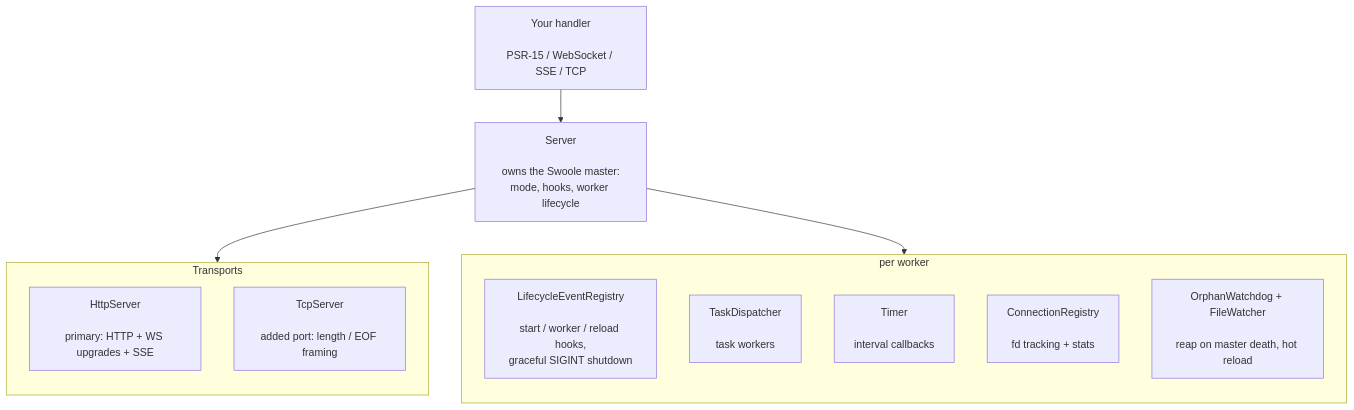
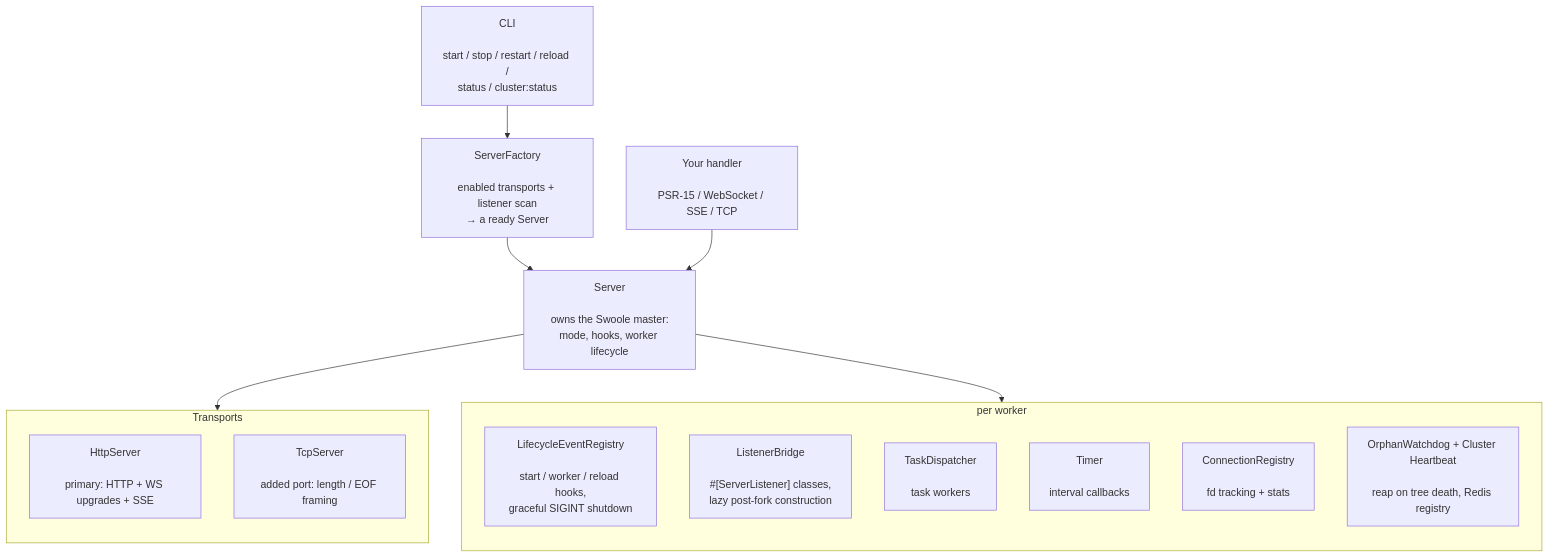
Before and after one commit to phpdot/server: the diagram in README.md, drawn with Mermaid. The commit also changed other lines of this file and 65 other files, not shown here.

````diff
--- a/README.md
+++ b/README.md
@@ -278,24 +391,29 @@
 ```mermaid
 graph TD
+    CLI["CLI<br/><br/>start / stop / restart / reload /<br/>status / cluster:status"]
+    FACTORY["ServerFactory<br/><br/>enabled transports + listener scan<br/>→ a ready Server"]
     APP["Your handler<br/><br/>PSR-15 / WebSocket / SSE / TCP"]
     SERVER["Server<br/><br/>owns the Swoole master:<br/>mode, hooks, worker lifecycle"]
 
     subgraph Transports
         direction TB
         HTTP["HttpServer<br/><br/>primary: HTTP + WS upgrades + SSE"]
         TCP["TcpServer<br/><br/>added port: length / EOF framing"]
     end
 
     subgraph Runtime["per worker"]
         direction TB
         EVENTS["LifecycleEventRegistry<br/><br/>start / worker / reload hooks,<br/>graceful SIGINT shutdown"]
+        BRIDGE["ListenerBridge<br/><br/>#[ServerListener] classes,<br/>lazy post-fork construction"]
         TASK["TaskDispatcher<br/><br/>task workers"]
         TIMER["Timer<br/><br/>interval callbacks"]
         CONN["ConnectionRegistry<br/><br/>fd tracking + stats"]
-        WATCH["OrphanWatchdog + FileWatcher<br/><br/>reap on master death, hot reload"]
+        WATCH["OrphanWatchdog + Cluster Heartbeat<br/><br/>reap on tree death, Redis registry"]
     end
 
+    CLI --> FACTORY
+    FACTORY --> SERVER
     APP --> SERVER
     SERVER --> Transports
     SERVER --> Runtime
 ```
````
